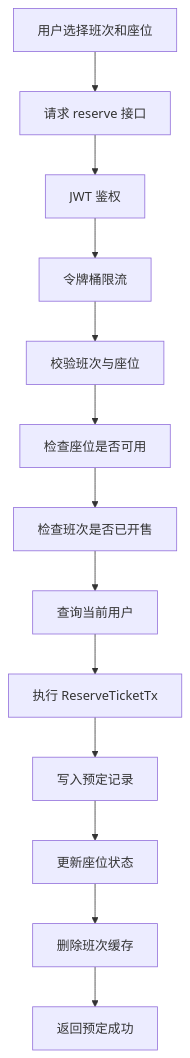
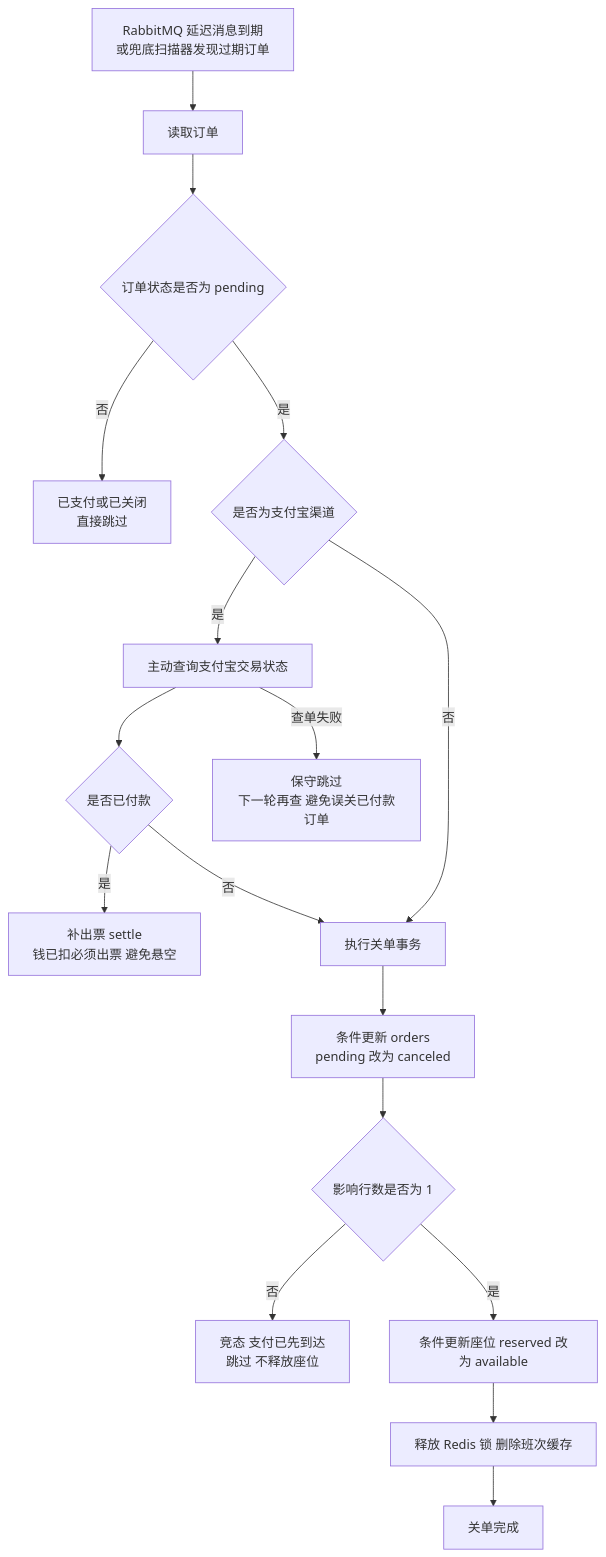
The sixth of 10 diagrams in docs/business-flowcharts.md (Books-QAQ/tickets), drawn with Mermaid before and after one commit. The commit also changed other lines of this file and 2 other files, not shown here.

````diff
--- a/docs/business-flowcharts.md
+++ b/docs/business-flowcharts.md
@@ -100,15 +98,19 @@
 ```mermaid
 flowchart TD
-    A[用户选择班次和座位] --> B[请求 reserve 接口]
-    B --> C[JWT 鉴权]
-    C --> D[令牌桶限流]
-    D --> E[校验班次与座位]
-    E --> F[检查座位是否可用]
-    F --> G[检查班次是否已开售]
-    G --> H[查询当前用户]
-    H --> I[执行 ReserveTicketTx]
-    I --> J[写入预定记录]
-    J --> K[更新座位状态]
-    K --> L[删除班次缓存]
-    L --> M[返回预定成功]
+    A[RabbitMQ 延迟消息到期<br/>或兜底扫描器发现过期订单] --> B[读取订单]
+    B --> C{订单状态是否为 pending}
+    C -- 否 --> D[已支付或已关闭<br/>直接跳过]
+    C -- 是 --> E{是否为支付宝渠道}
+    E -- 是 --> F[主动查询支付宝交易状态]
+    F --> G{是否已付款}
+    G -- 是 --> H[补出票 settle<br/>钱已扣必须出票 避免悬空]
+    G -- 否 --> I[执行关单事务]
+    F -- 查单失败 --> J[保守跳过<br/>下一轮再查 避免误关已付款订单]
+    E -- 否 --> I
+    I --> K[条件更新 orders<br/>pending 改为 canceled]
+    K --> L{影响行数是否为 1}
+    L -- 否 --> M[竞态 支付已先到达<br/>跳过 不释放座位]
+    L -- 是 --> N[条件更新座位 reserved 改为 available]
+    N --> O[释放 Redis 锁 删除班次缓存]
+    O --> P[关单完成]
 ```
````
